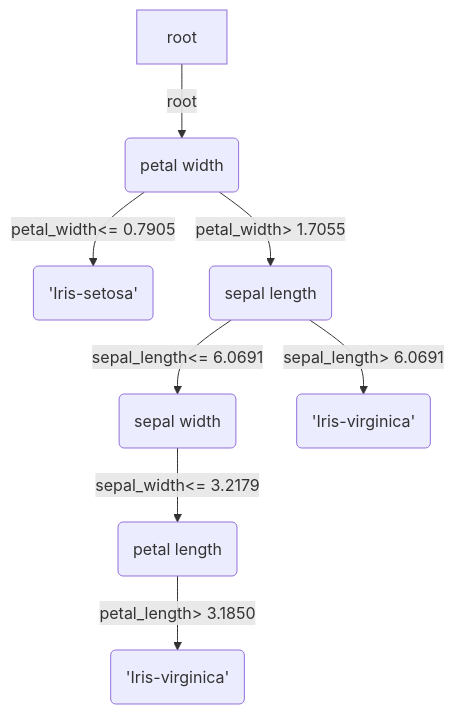
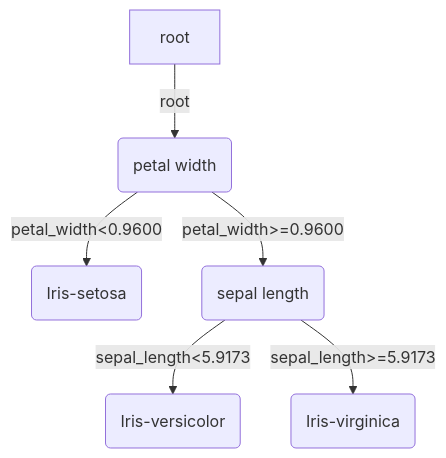
Before and after one commit to Bozenton/Decision-Tree: the third of 3 diagrams in README.md, drawn with Mermaid. The commit also changed other lines of this file and 1 other file, not shown here.

````diff
--- a/README.md
+++ b/README.md
@@ -14,10 +33,9 @@
 ```mermaid
 graph TB
 root--root-->a(petal width)
-a(petal width)--petal_width<= 0.7905-->a0('Iris-setosa')
-a(petal width)--petal_width> 1.7055-->a1(sepal length)
-a1(sepal length)--sepal_length<= 6.0691-->a10(sepal width)
-a10(sepal width)--sepal_width<= 3.2179-->a100(petal length)
-a100(petal length)--petal_length> 3.1850-->a1000('Iris-virginica')
-a1(sepal length)--sepal_length> 6.0691-->a11('Iris-virginica')
+a(petal width)--petal_width<0.9600-->a0(Iris-setosa)
+a(petal width)--petal_width>=0.9600-->a1(sepal length)
+a1(sepal length)--sepal_length<5.9173-->a10(Iris-versicolor)
+a1(sepal length)--sepal_length>=5.9173-->a11(Iris-virginica)
+
 ```
````
